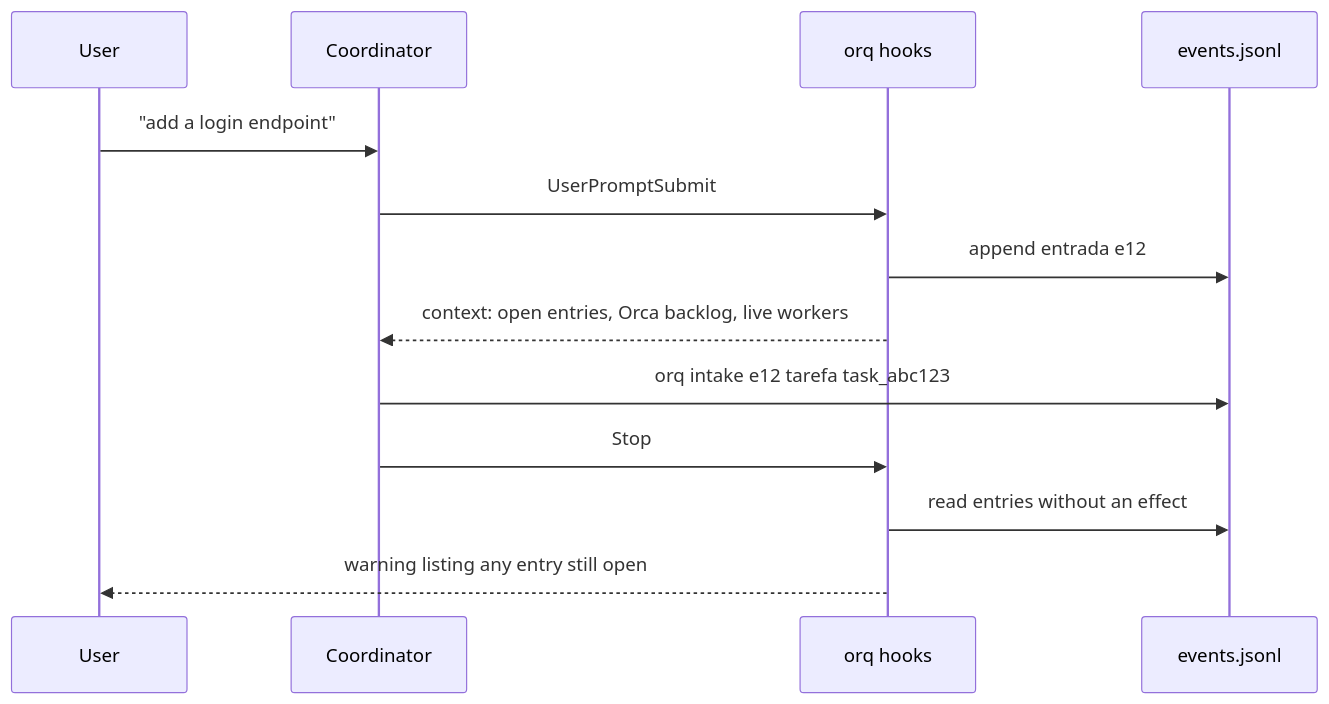
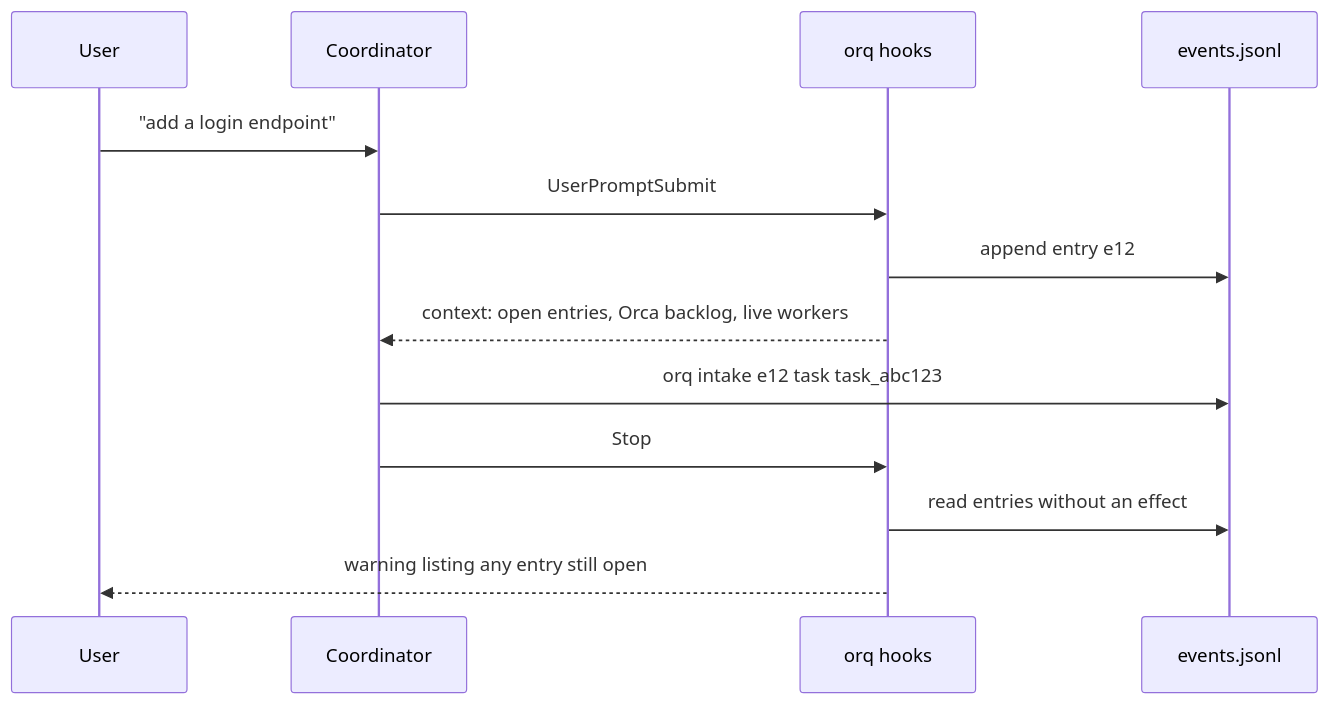
The second of 2 diagrams in README.md (leodiegoo/orq), drawn with Mermaid before and after one commit. The commit also changed other lines of this file and 9 other files, not shown here.

````diff
--- a/README.md
+++ b/README.md
@@ -44,15 +48,15 @@
 ```mermaid
 sequenceDiagram
     participant U as User
     participant CC as Coordinator
     participant H as orq hooks
     participant L as events.jsonl
     U->>CC: "add a login endpoint"
     CC->>H: UserPromptSubmit
-    H->>L: append entrada e12
+    H->>L: append entry e12
     H-->>CC: context: open entries, Orca backlog, live workers
-    CC->>L: orq intake e12 tarefa task_abc123
+    CC->>L: orq intake e12 task task_abc123
     CC->>H: Stop
     H->>L: read entries without an effect
     H-->>U: warning listing any entry still open
 ```
````
